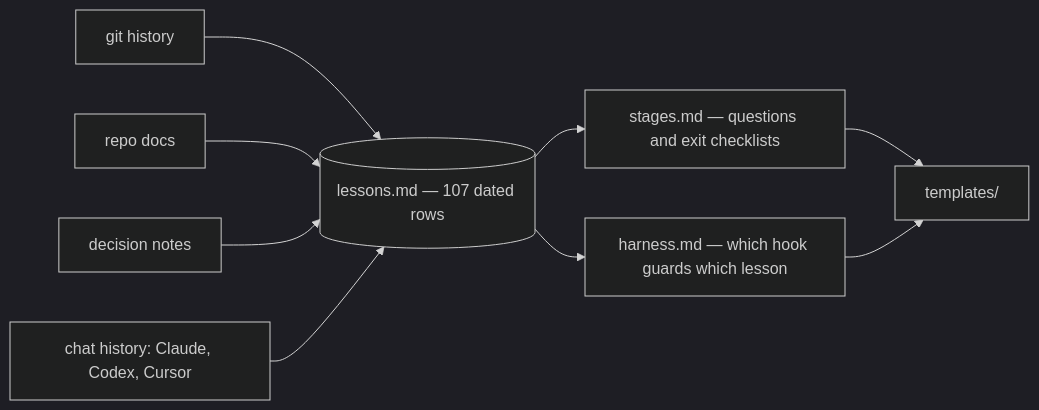
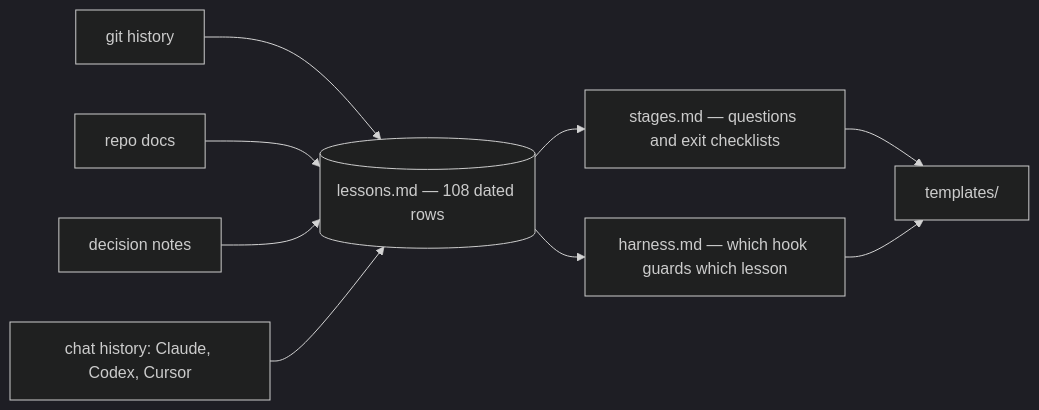
Before and after one commit to EranTzarum/project-kickoff: the second of 2 diagrams in README.md, drawn with Mermaid (dark theme). The commit also changed other lines of this file and 10 other files, not shown here.

````diff
--- a/README.md
+++ b/README.md
@@ -234,11 +235,11 @@
 ```mermaid
 flowchart LR
     G["git history"] --> L
     D["repo docs"] --> L
     V["decision notes"] --> L
     C["chat history: Claude, Codex, Cursor"] --> L
-    L[("lessons.md — 107 dated rows")] --> S["stages.md — questions and exit checklists"]
+    L[("lessons.md — 108 dated rows")] --> S["stages.md — questions and exit checklists"]
     L --> H["harness.md — which hook guards which lesson"]
     S --> T["templates/"]
     H --> T
 ```
````
